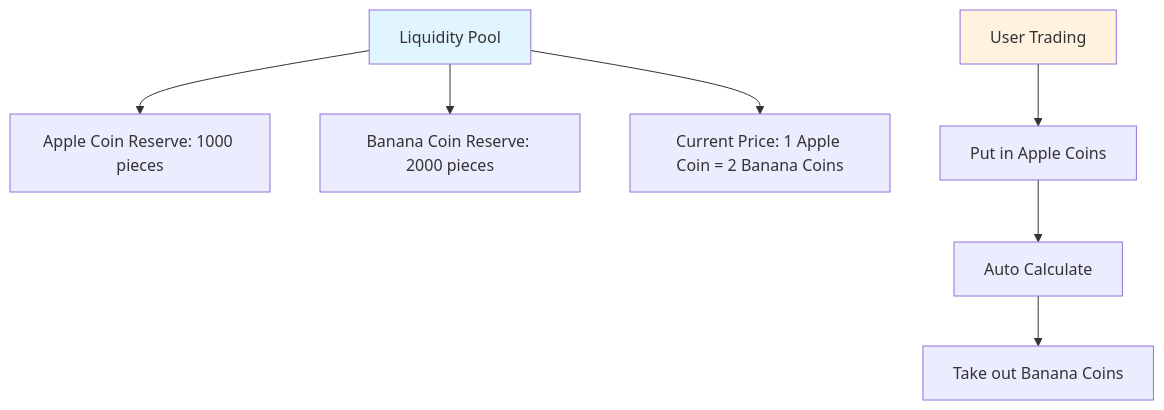
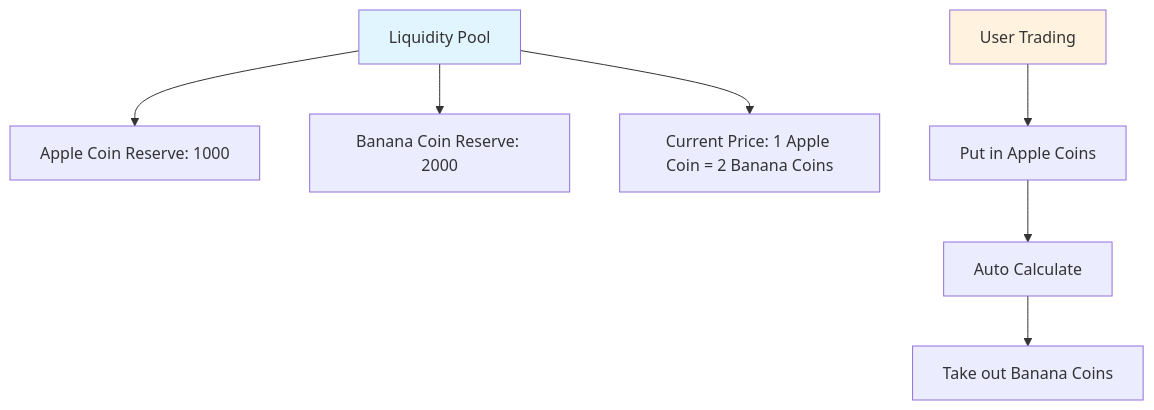
One commit to pinpetfun/pinpet-book changed the second of 9 diagrams in doc/AMM_Market_Making.md. Above: the diagram before and after it, drawn with Mermaid. The commit also changed other lines of this file and 54 other files, not shown here.

````diff
--- a/doc/AMM_Market_Making.md
+++ b/doc/AMM_Market_Making.md
@@ -75,13 +75,13 @@
 ```mermaid
 graph TD
-    A[Liquidity Pool] --> B[Apple Coin Reserve: 1000 pieces]
-    A --> C[Banana Coin Reserve: 2000 pieces]
+    A[Liquidity Pool] --> B[Apple Coin Reserve: 1000]
+    A --> C[Banana Coin Reserve: 2000]
     A --> D[Current Price: 1 Apple Coin = 2 Banana Coins]
-    
+
     E[User Trading] --> F[Put in Apple Coins]
     F --> G[Auto Calculate]
     G --> H[Take out Banana Coins]
-    
+
     style A fill:#e1f5fe
     style E fill:#fff3e0
 ```
````
